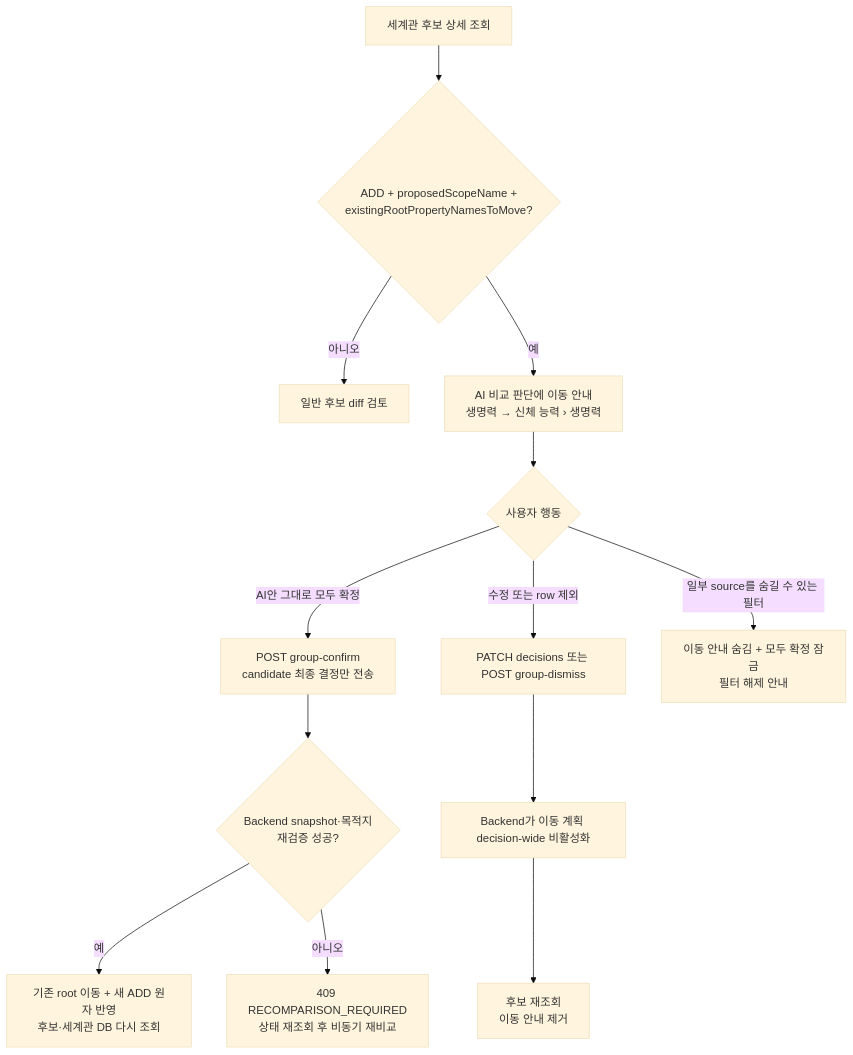
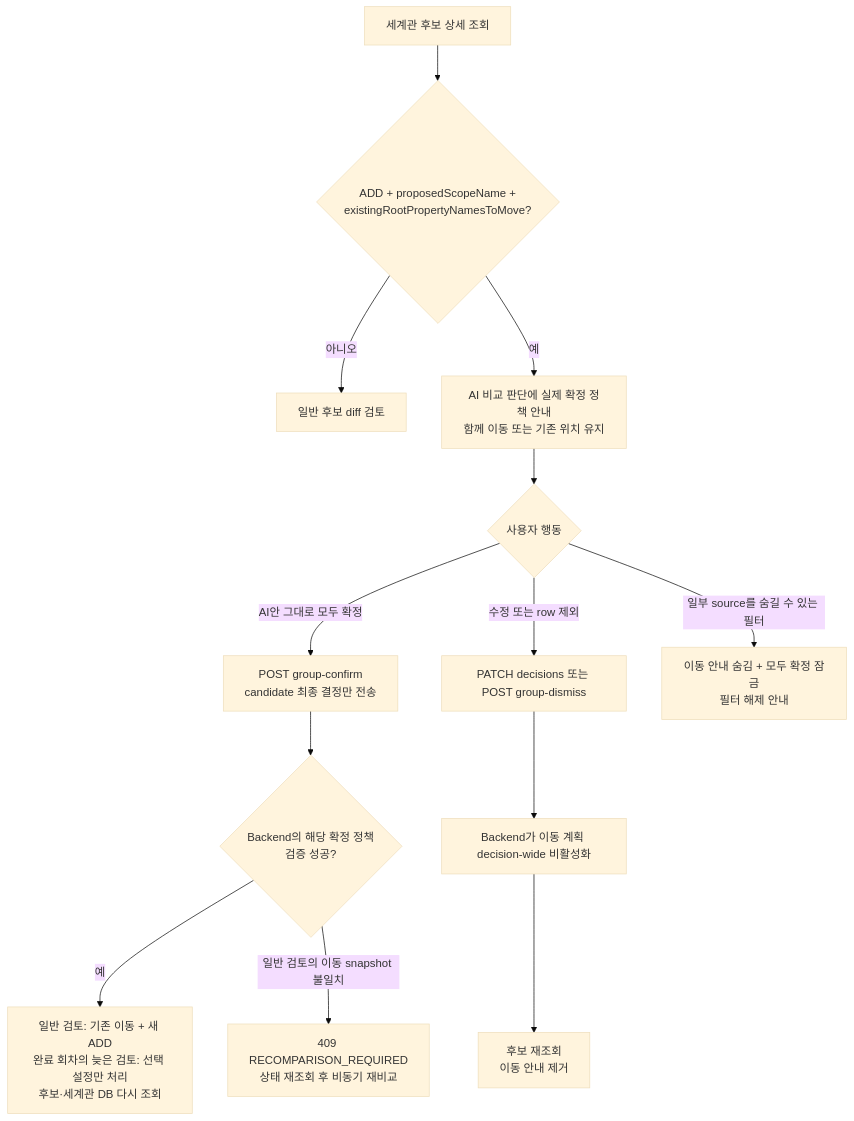
Diagram 12 of 13 in docs/screen-flow.md (catchhole-soma/catchhole-front), drawn with Mermaid (base theme) before and after one commit. The commit also changed other lines of this file and 2 other files, not shown here.

````diff
--- a/docs/screen-flow.md
+++ b/docs/screen-flow.md
@@ -664,15 +669,15 @@
 ```mermaid
 flowchart TD
   A["세계관 후보 상세 조회"] --> B{"ADD + proposedScopeName +<br/>existingRootPropertyNamesToMove?"}
   B -- "아니오" --> C["일반 후보 diff 검토"]
-  B -- "예" --> D["AI 비교 판단에 이동 안내<br/>생명력 → 신체 능력 › 생명력"]
+  B -- "예" --> D["AI 비교 판단에 실제 확정 정책 안내<br/>함께 이동 또는 기존 위치 유지"]
   D --> E{"사용자 행동"}
   E -- "AI안 그대로 모두 확정" --> F["POST group-confirm<br/>candidate 최종 결정만 전송"]
-  F --> G{"Backend snapshot·목적지<br/>재검증 성공?"}
-  G -- "예" --> H["기존 root 이동 + 새 ADD 원자 반영<br/>후보·세계관 DB 다시 조회"]
-  G -- "아니오" --> I["409 RECOMPARISON_REQUIRED<br/>상태 재조회 후 비동기 재비교"]
+  F --> G{"Backend의 해당 확정 정책<br/>검증 성공?"}
+  G -- "예" --> H["일반 검토: 기존 이동 + 새 ADD<br/>완료 회차의 늦은 검토: 선택 설정만 처리<br/>후보·세계관 DB 다시 조회"]
+  G -- "일반 검토의 이동 snapshot 불일치" --> I["409 RECOMPARISON_REQUIRED<br/>상태 재조회 후 비동기 재비교"]
   E -- "수정 또는 row 제외" --> J["PATCH decisions 또는 POST group-dismiss"]
   J --> K["Backend가 이동 계획 decision-wide 비활성화"]
   K --> L["후보 재조회<br/>이동 안내 제거"]
   E -- "일부 source를 숨길 수 있는 필터" --> M["이동 안내 숨김 + 모두 확정 잠금<br/>필터 해제 안내"]
 ```
````
